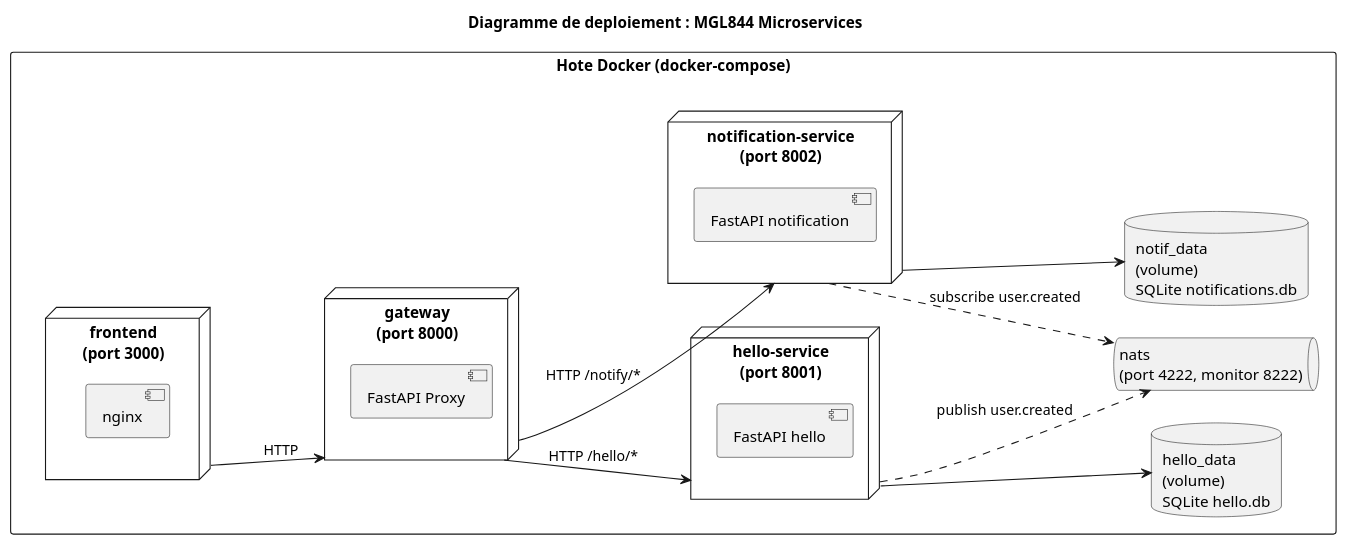
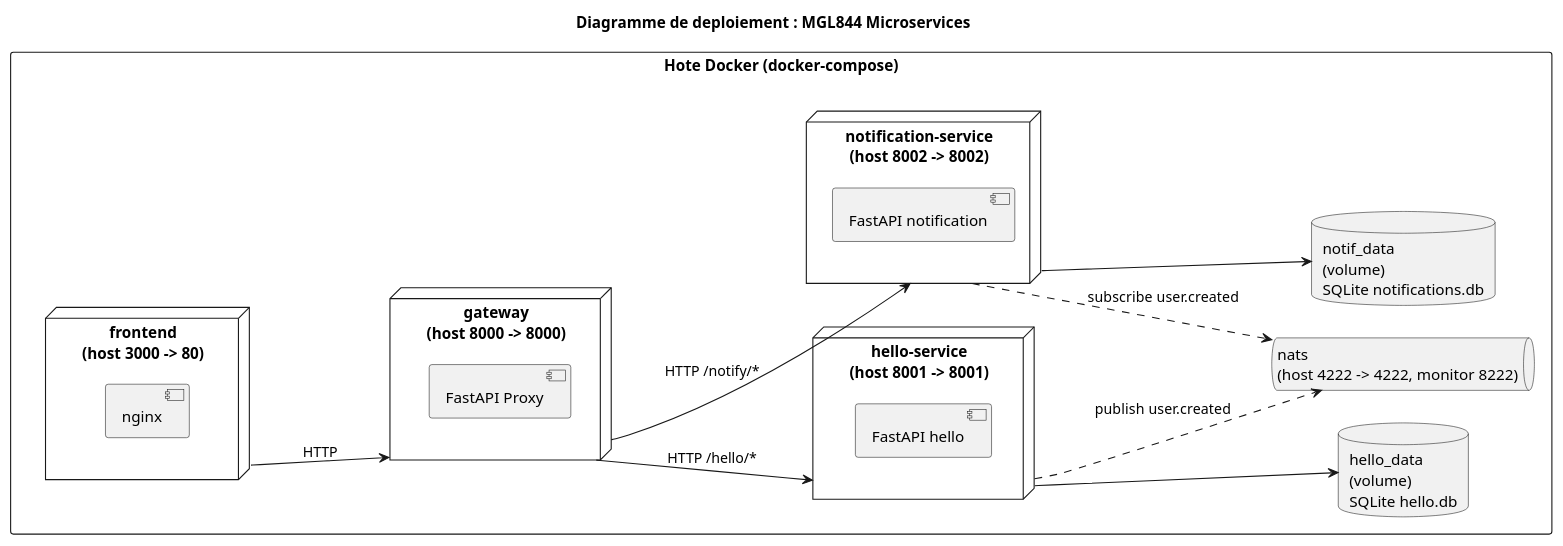
One commit to olry/MGL844-Demo-Microservices changed the diagram in doc/deployment.puml. Above: the diagram before and after it, drawn with PlantUML. The commit also changed 39 other files, not shown here.

First line of the commit message:
audit fixes: rename app packages, frontend dynamic URL, gateway OPTIONS, swagger in README

```diff
--- a/doc/deployment.puml
+++ b/doc/deployment.puml
@@ -1,49 +1,49 @@
 @startuml deployment
 title Diagramme de deploiement : MGL844 Microservices
 
 left to right direction
 skinparam nodesep 30
 skinparam ranksep 60
 
 rectangle "Hote Docker (docker-compose)" as Host {
 
-  node "frontend\n(port 3000)" as Frontend {
+  node "frontend\n(host 3000 -> 80)" as Frontend {
     [nginx]
   }
 
-  node "gateway\n(port 8000)" as Gateway {
+  node "gateway\n(host 8000 -> 8000)" as Gateway {
     [FastAPI Proxy]
   }
 
-  node "hello-service\n(port 8001)" as Hello {
+  node "hello-service\n(host 8001 -> 8001)" as Hello {
     [FastAPI hello]
   }
 
-  node "notification-service\n(port 8002)" as Notif {
+  node "notification-service\n(host 8002 -> 8002)" as Notif {
     [FastAPI notification]
   }
 
-  queue "nats\n(port 4222, monitor 8222)" as NATS
+  queue "nats\n(host 4222 -> 4222, monitor 8222)" as NATS
 
   database "hello_data\n(volume)\nSQLite hello.db" as DBH
   database "notif_data\n(volume)\nSQLite notifications.db" as DBN
 }
 
 ' === Layout ===
 Frontend -[hidden]right- Gateway
 Gateway  -[hidden]right- Hello
 Hello    -[hidden]right- Notif
 
 ' === Connexions ===
 Frontend --> Gateway : HTTP
 
 Gateway --> Hello : HTTP /hello/*
 Gateway --> Notif : HTTP /notify/*
 
 Hello ..> NATS  : publish user.created
 Notif ..> NATS  : subscribe user.created
 
 Hello --> DBH
 Notif --> DBN
 
 @enduml
```
